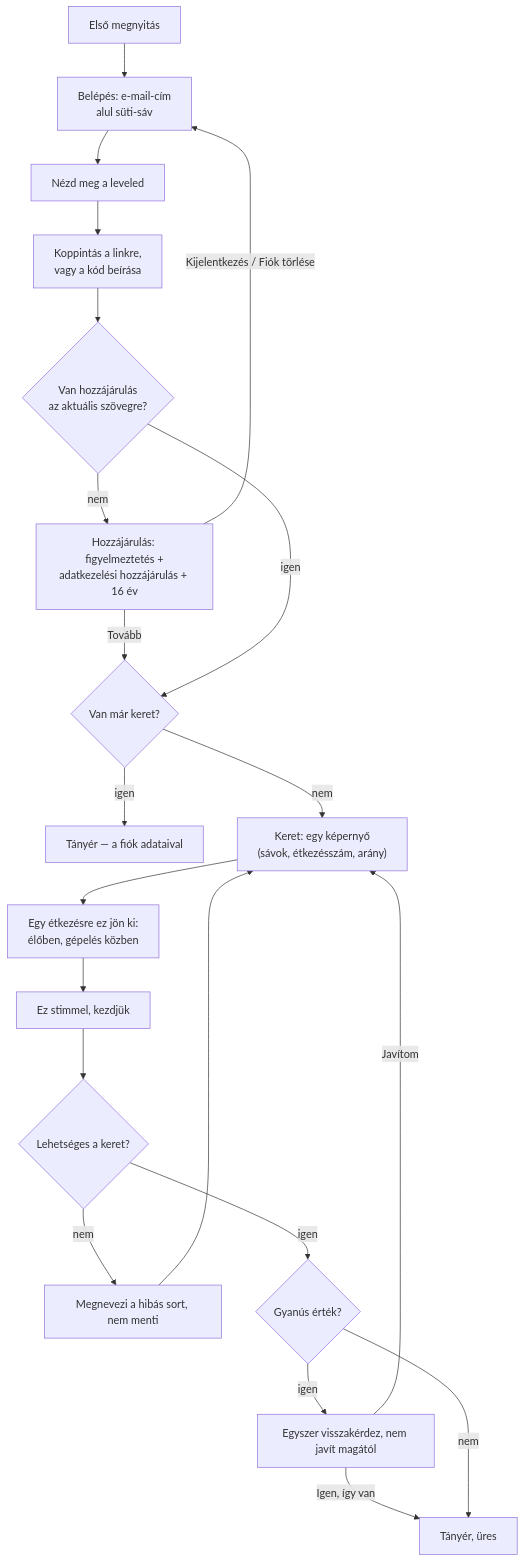
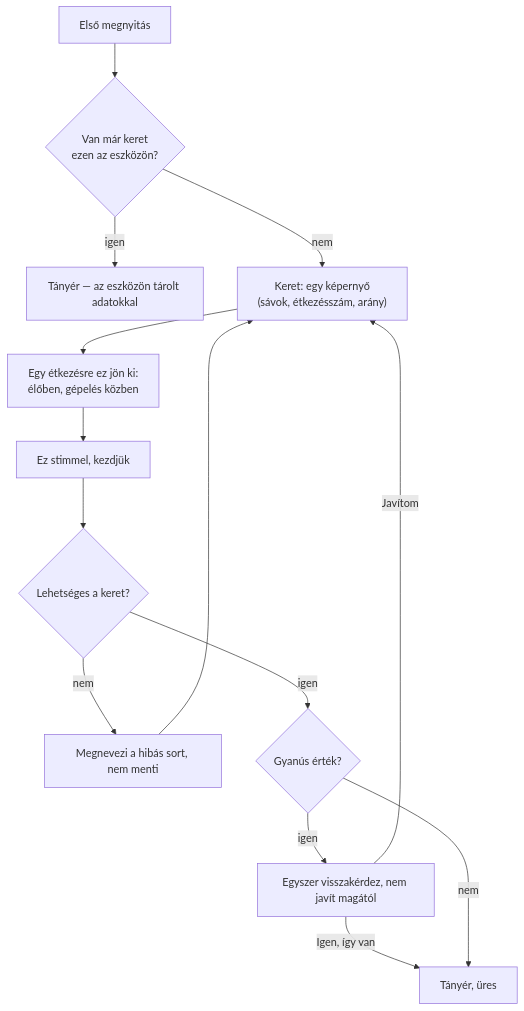
Before and after one commit to Izayata/ketara-artifacts: the third of 3 diagrams in ketara-folyamatok-kepernyok.md, drawn with Mermaid. The commit also changed other lines of this file and 2 other files, not shown here.

First line of the commit message:
PRD v1.2, flows v0.9, UX v0.5: remove accounts, sync, analytics and the server

````diff
--- a/ketara-folyamatok-kepernyok.md
+++ b/ketara-folyamatok-kepernyok.md
@@ -116,22 +115,15 @@
 ```mermaid
 flowchart TD
-    A0[Első megnyitás] --> A1["Belépés: e-mail-cím<br/>alul süti-sáv"]
-    A1 --> A2["Nézd meg a leveled"]
-    A2 --> A3["Koppintás a linkre,<br/>vagy a kód beírása"]
-    A3 --> A4{"Van hozzájárulás<br/>az aktuális szövegre?"}
-    A4 -- nem --> A5["Hozzájárulás: figyelmeztetés +<br/>adatkezelési hozzájárulás + 16 év"]
-    A5 -- Tovább --> A6
-    A5 -- "Kijelentkezés / Fiók törlése" --> A1
-    A4 -- igen --> A6{Van már keret?}
-    A6 -- igen --> J0["Tányér — a fiók adataival"]
+    A0[Első megnyitás] --> A6{Van már keret<br/>ezen az eszközön?}
+    A6 -- igen --> J0["Tányér — az eszközön tárolt adatokkal"]
     A6 -- nem --> B["Keret: egy képernyő<br/>(sávok, étkezésszám, arány)"]
     B --> H["Egy étkezésre ez jön ki:<br/>élőben, gépelés közben"]
     H --> I["Ez stimmel, kezdjük"]
     I --> F{Lehetséges a keret?}
     F -- nem --> F2["Megnevezi a hibás sort, nem menti"] --> B
     F -- igen --> F3{Gyanús érték?}
     F3 -- igen --> G["Egyszer visszakérdez, nem javít magától"]
     G -- "Igen, így van" --> J
     G -- "Javítom" --> B
     F3 -- nem --> J[Tányér, üres]
 ```
````
